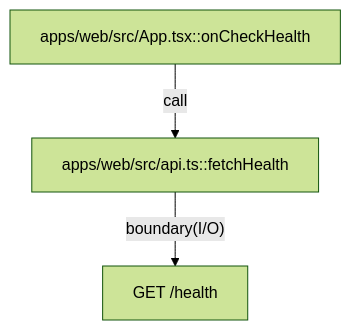
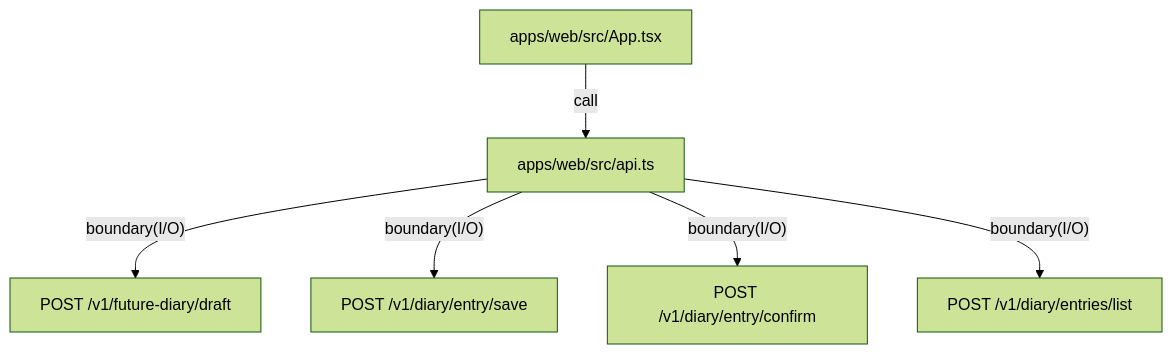
Before and after one commit to YotaroMatsui/future_diary: the diagram in apps/web/README.md, drawn with Mermaid (forest theme). The commit also changed other lines of this file and 7 other files, not shown here.

Commit message:
feat: add web diary editor UI and enable CORS

````diff
--- a/apps/web/README.md
+++ b/apps/web/README.md
@@ -162,5 +188,8 @@
 ```mermaid
 flowchart TD
-  UI["apps/web/src/App.tsx::onCheckHealth"] -->|"call"| CL["apps/web/src/api.ts::fetchHealth"]
-  CL -->|"boundary(I/O)"| API["GET /health"]
+  UI["apps/web/src/App.tsx"] -->|"call"| CL["apps/web/src/api.ts"]
+  CL -->|"boundary(I/O)"| DRAFT["POST /v1/future-diary/draft"]
+  CL -->|"boundary(I/O)"| SAVE["POST /v1/diary/entry/save"]
+  CL -->|"boundary(I/O)"| CONF["POST /v1/diary/entry/confirm"]
+  CL -->|"boundary(I/O)"| LIST["POST /v1/diary/entries/list"]
 ```
````
